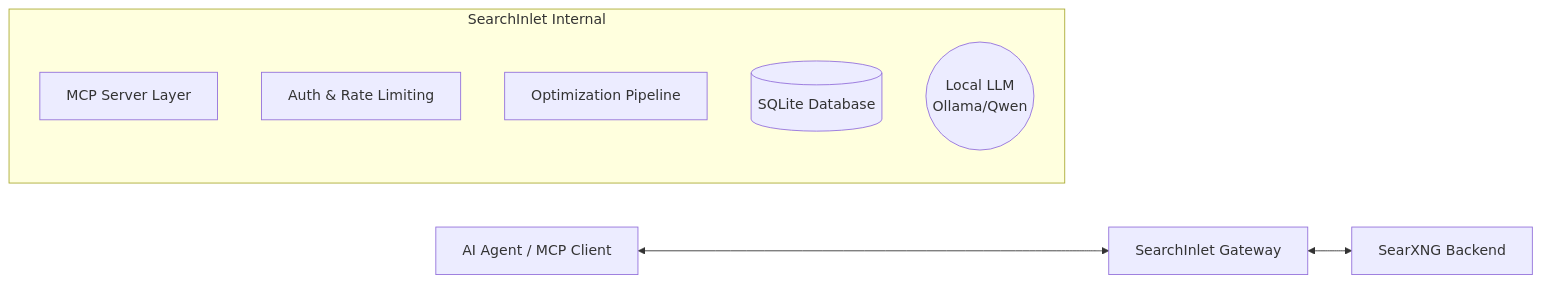
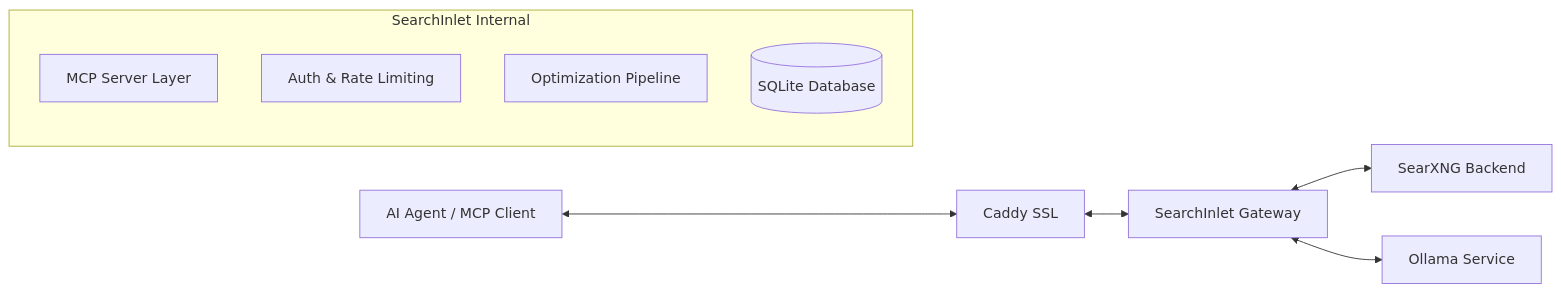
One commit to webdunesurfer/SearchInlet changed the diagram in README.md. Above: the diagram before and after it, drawn with Mermaid. The commit also changed other lines of this file and 1 other file, not shown here.

Commit message:
Docs: Restore truncation details and update architecture for Phase 3

````diff
--- a/README.md
+++ b/README.md
@@ -24,13 +25,14 @@
 ```mermaid
 graph LR
-    Agent[AI Agent / MCP Client] <--> SI[SearchInlet Gateway]
+    Agent[AI Agent / MCP Client] <--> Caddy[Caddy SSL]
+    Caddy <--> SI[SearchInlet Gateway]
     SI <--> SX[SearXNG Backend]
+    SI <--> OL[Ollama Service]
     
     subgraph "SearchInlet Internal"
         SI_MCP[MCP Server Layer]
         SI_Auth[Auth & Rate Limiting]
         SI_Proc[Optimization Pipeline]
         SI_DB[(SQLite Database)]
-        SI_LLM((Local LLM<br>Ollama/Qwen))
     end
 ```
````
